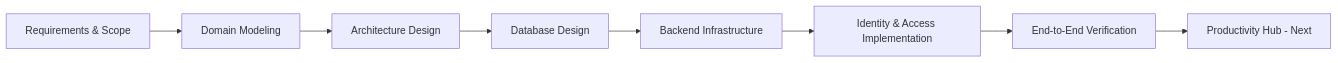
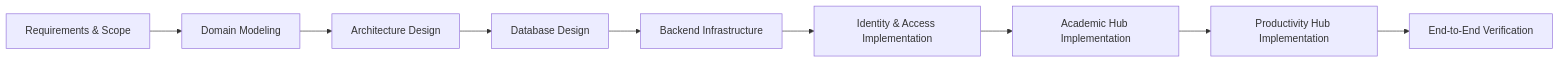
Before and after one commit to sufiyanshaikh06/integrum: the sixth of 6 diagrams in PROJECT_PROGRESS.md, drawn with Mermaid. The commit also changed other lines of this file, not shown here.

Commit message:
docs: update progress to include Task Management

````diff
--- a/PROJECT_PROGRESS.md
+++ b/PROJECT_PROGRESS.md
@@ -142,10 +143,11 @@
 ```mermaid
 flowchart LR
     A[Requirements & Scope] --> B[Domain Modeling]
     B --> C[Architecture Design]
     C --> D[Database Design]
     D --> E[Backend Infrastructure]
     E --> F[Identity & Access Implementation]
-    F --> G[End-to-End Verification]
-    G --> H[Productivity Hub - Next]
+    F --> G[Academic Hub Implementation]
+    G --> H[Productivity Hub Implementation]
+    H --> I[End-to-End Verification]
 ```
````
